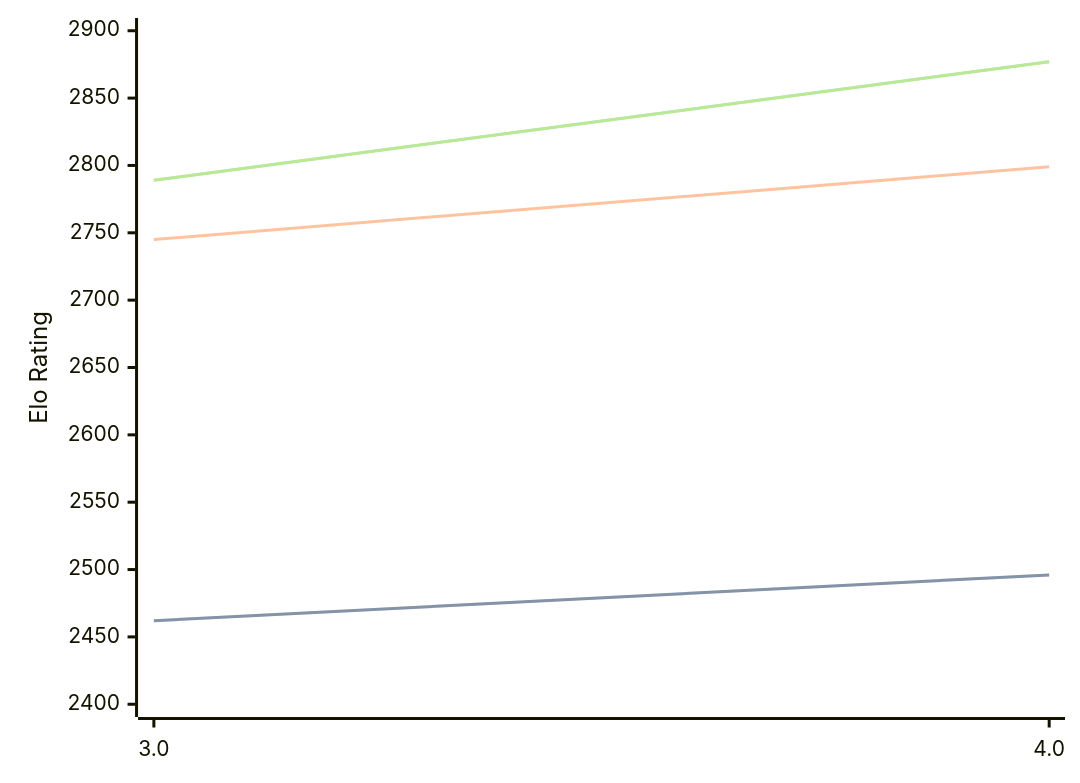
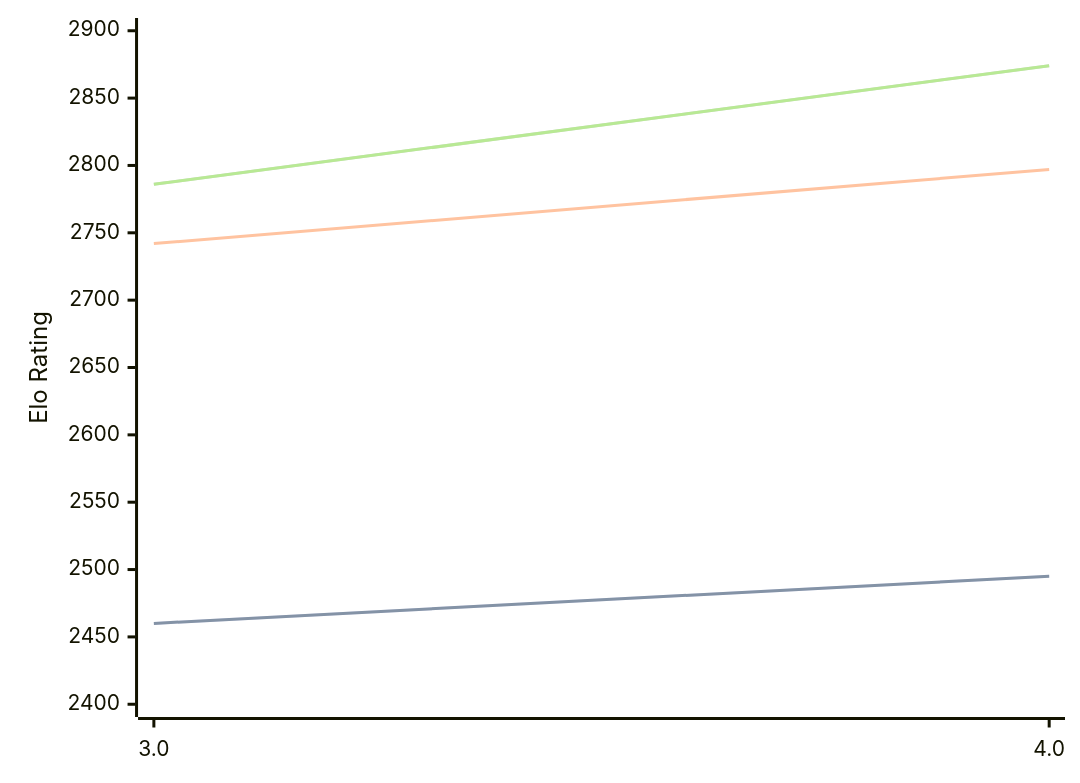
Before and after one commit to computer-chess-index/cci: the diagram in engines/Chess3.md, drawn with Mermaid. The commit also changed other lines of this file, not shown here.

Commit message:
Update CCI Ratings (ELO VLTC) - 2026-06-08

````diff
--- a/engines/Chess3.md
+++ b/engines/Chess3.md
@@ -34,11 +34,11 @@
 ```mermaid
 %%{init: {"theme":"base","themeVariables":{"seriesColors:['#a3a3a3','#222221','#faa371']}}}%%
 xychart-beta
   x-axis ["3.0", "4.0"]
   y-axis "Elo Rating" 2400 --> 2900
-  line "STC (8.0+0.08s)" [2462, 2496]
-  line "STC (8.0+0.08s)" [2462, 2496]
-  line "LTC (60.0+0.60s)" [2745, 2799]
-  line "VLTC (2m24s+1.12s)" [2789, 2877]
-  line "VLTC (2m24s+1.12s)" [2789, 2877]
+  line "STC (8.0+0.08s)" [2460, 2495]
+  line "STC (8.0+0.08s)" [2460, 2495]
+  line "LTC (60.0+0.60s)" [2742, 2797]
+  line "VLTC (2m24s+1.12s)" [2786, 2874]
+  line "VLTC (2m24s+1.12s)" [2786, 2874]
 ```
````
